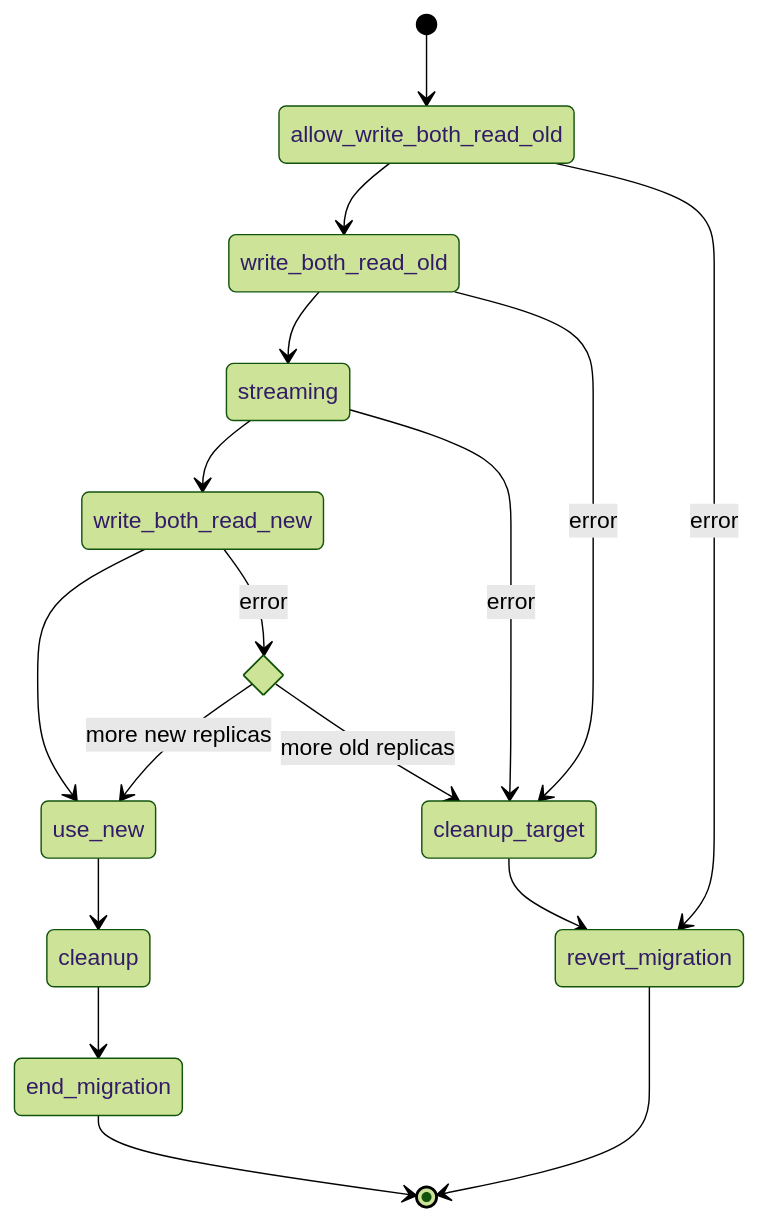
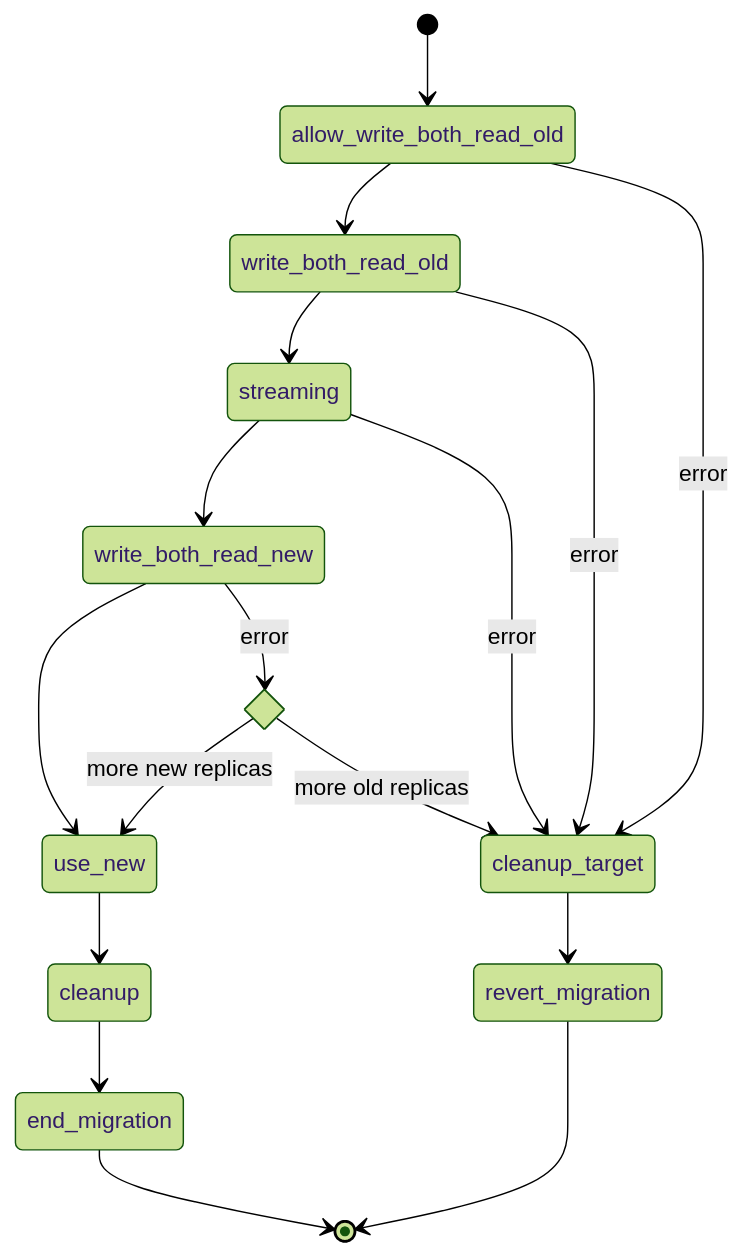
The second of 2 diagrams in docs/dev/topology-over-raft.md (scylladb/scylladb), drawn with Mermaid (forest theme) before and after one commit. The commit also changed 1 other file, not shown here.

Commit message:
service: move to cleanup stage if allow_write_both_read_old fails
If allow_write_both_read_old tablet transition stage fails, move
to cleanup_target stage before reverting migration.

It's a preparation for further patches which deallocate storage
group of a tablet during cleanup.

````diff
--- a/docs/dev/topology-over-raft.md
+++ b/docs/dev/topology-over-raft.md
@@ -284,20 +284,20 @@
 ```mermaid
 stateDiagram-v2
     state if_state <<choice>>
     [*] --> allow_write_both_read_old
     allow_write_both_read_old --> write_both_read_old
     write_both_read_old --> streaming
     streaming --> write_both_read_new
     write_both_read_new --> use_new
     use_new --> cleanup
     cleanup --> end_migration
     end_migration --> [*]
-    allow_write_both_read_old --> revert_migration: error
+    allow_write_both_read_old --> cleanup_target: error
     write_both_read_old --> cleanup_target: error
     streaming --> cleanup_target: error
     write_both_read_new --> if_state: error
     if_state --> use_new: more new replicas
     if_state --> cleanup_target: more old replicas
     cleanup_target --> revert_migration
     revert_migration --> [*]
 ```
````
